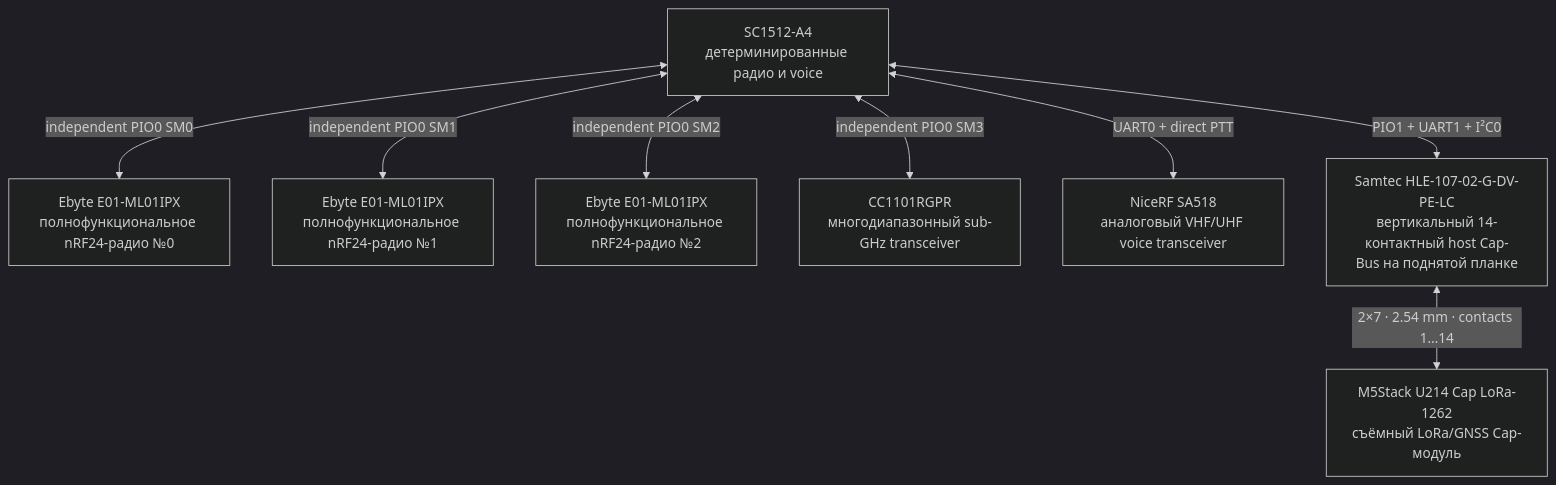
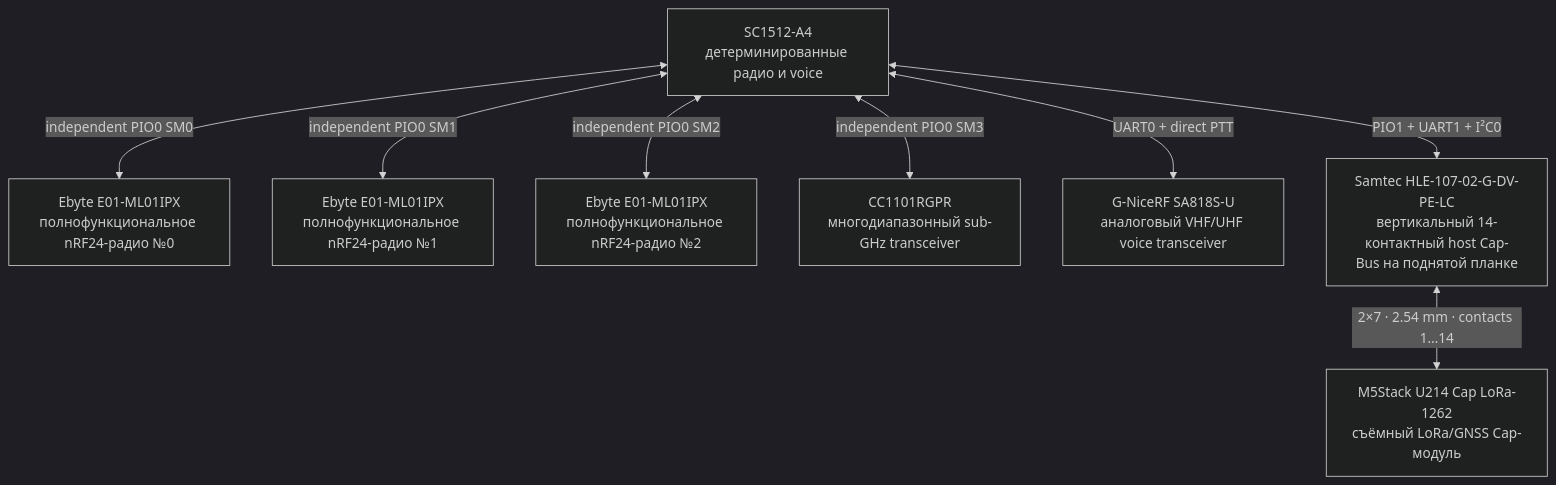
One commit to anton-vinogradov/esp32-leshy2 changed the fourth of 10 diagrams in docs/schematics.ru.md. Above: the diagram before and after it, drawn with Mermaid (dark theme). The commit also changed other lines of this file and 208 other files, not shown here.

Commit message:
Reclose H2 through H4 on dual SA818S architecture

````diff
--- a/docs/schematics.ru.md
+++ b/docs/schematics.ru.md
@@ -118,18 +118,18 @@
 ```mermaid
 flowchart TD
 RP["SC1512-A4<br/>детерминированные радио и voice"]
 NRF0["Ebyte E01-ML01IPX<br/>полнофункциональное nRF24-радио №0"]
 NRF1["Ebyte E01-ML01IPX<br/>полнофункциональное nRF24-радио №1"]
 NRF2["Ebyte E01-ML01IPX<br/>полнофункциональное nRF24-радио №2"]
 CC["CC1101RGPR<br/>многодиапазонный sub-GHz transceiver"]
-VOICE["NiceRF SA518<br/>аналоговый VHF/UHF voice transceiver"]
+VOICE["G-NiceRF SA818S-U<br/>аналоговый VHF/UHF voice transceiver"]
 U214_CONNECTOR["Samtec HLE-107-02-G-DV-PE-LC<br/>вертикальный 14-контактный host Cap-Bus на поднятой планке"]
 U214["M5Stack U214 Cap LoRa-1262<br/>съёмный LoRa/GNSS Cap-модуль"]
   RP <-->|"independent PIO0 SM0"| NRF0
   RP <-->|"independent PIO0 SM1"| NRF1
   RP <-->|"independent PIO0 SM2"| NRF2
   RP <-->|"independent PIO0 SM3"| CC
   RP <-->|"UART0 + direct PTT"| VOICE
   RP <-->|"PIO1 + UART1 + I²C0"| U214_CONNECTOR
   U214_CONNECTOR <-->|"2×7 · 2.54 mm · contacts 1…14"| U214
 ```
````
